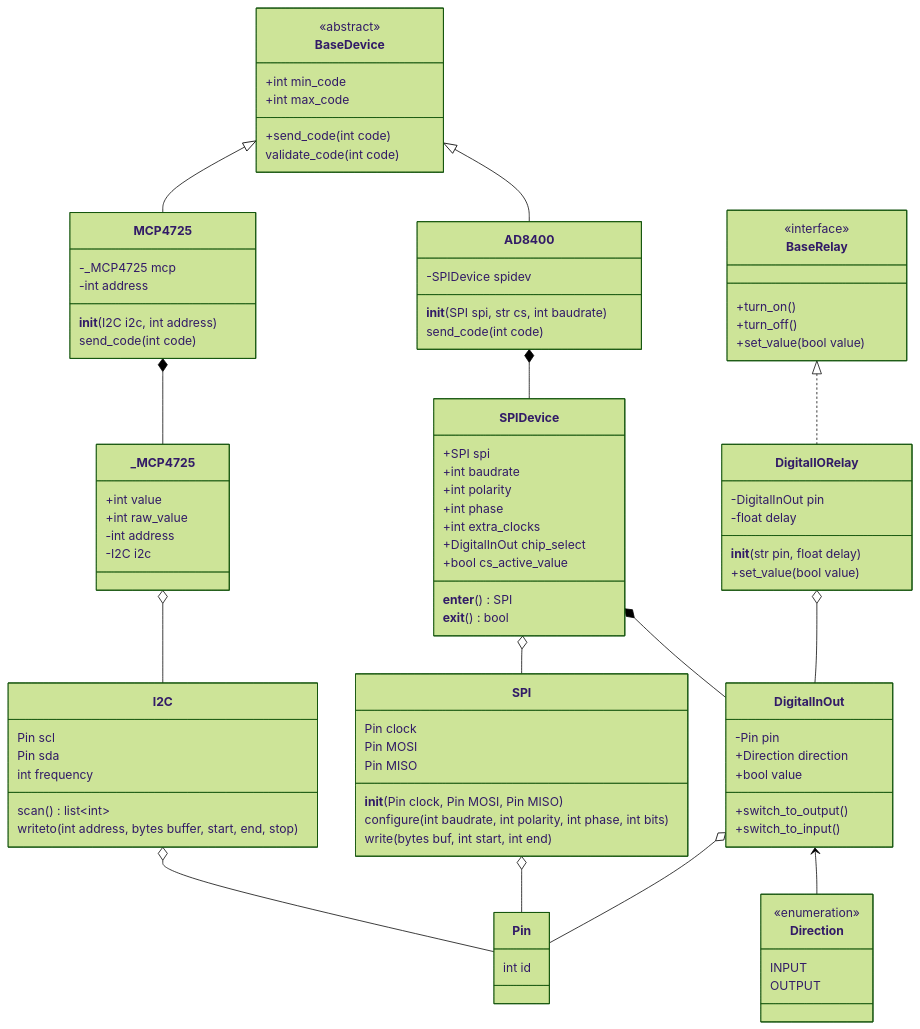
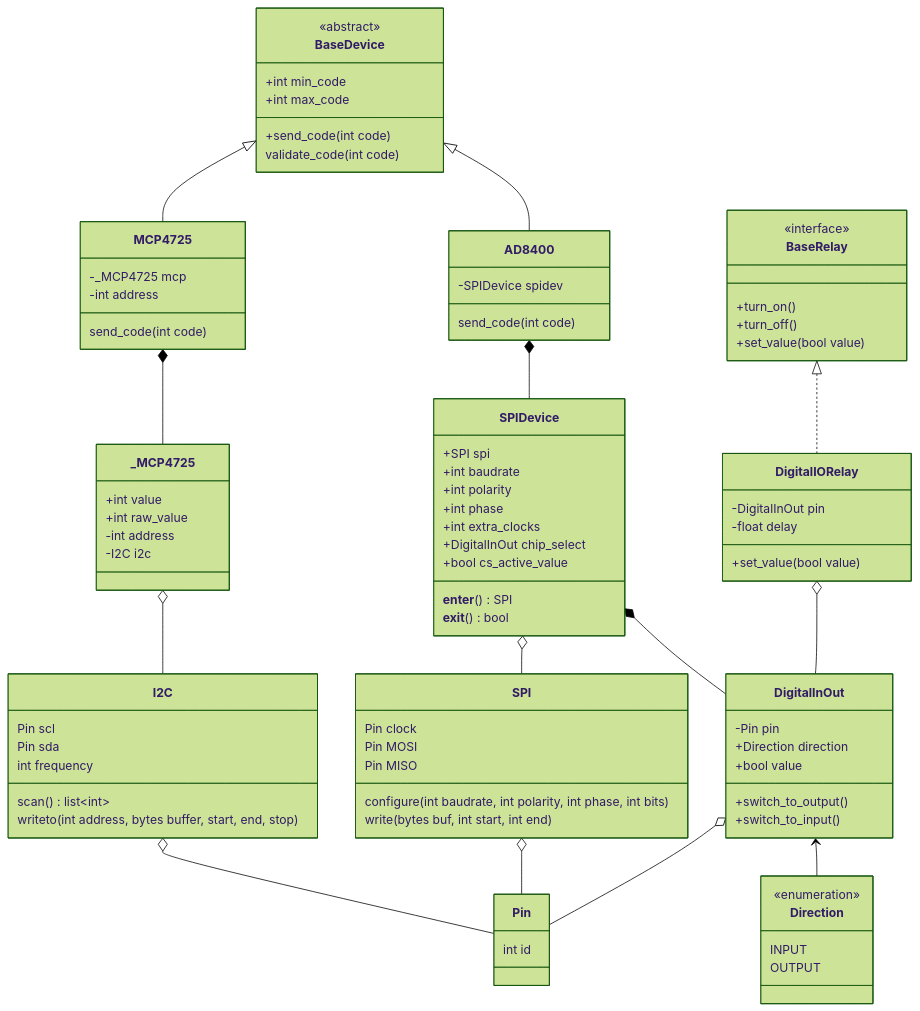
One commit to Marik28/dissertation changed the first of 7 diagrams in data/diagrams/диаграмма классов.md. Above: the diagram before and after it, drawn with Mermaid (forest theme). The commit also changed other lines of this file, not shown here.

```diff
--- a/data/diagrams/диаграмма классов.md
+++ b/data/diagrams/диаграмма классов.md
@@ -13,7 +13,6 @@
     }
     
     class AD8400 {
-        __init__(SPI spi, str cs, int baudrate)
         -SPIDevice spidev
         send_code(int code)
     }
@@ -21,7 +20,6 @@
     class MCP4725 {
         -_MCP4725 mcp 
         -int address
-        __init__(I2C i2c, int address)
         send_code(int code)
     }
     
@@ -35,7 +33,6 @@
     class DigitalIORelay {
         -DigitalInOut pin
         -float delay
-        __init__(str pin, float delay)
         +set_value(bool value)
     }
     
@@ -51,7 +48,6 @@
         Pin clock
         Pin MOSI
         Pin MISO
-        __init__(Pin clock, Pin MOSI, Pin MISO)
         configure(int baudrate, int polarity, int phase, int bits)
         write(bytes buf, int start, int end)
     }
```
